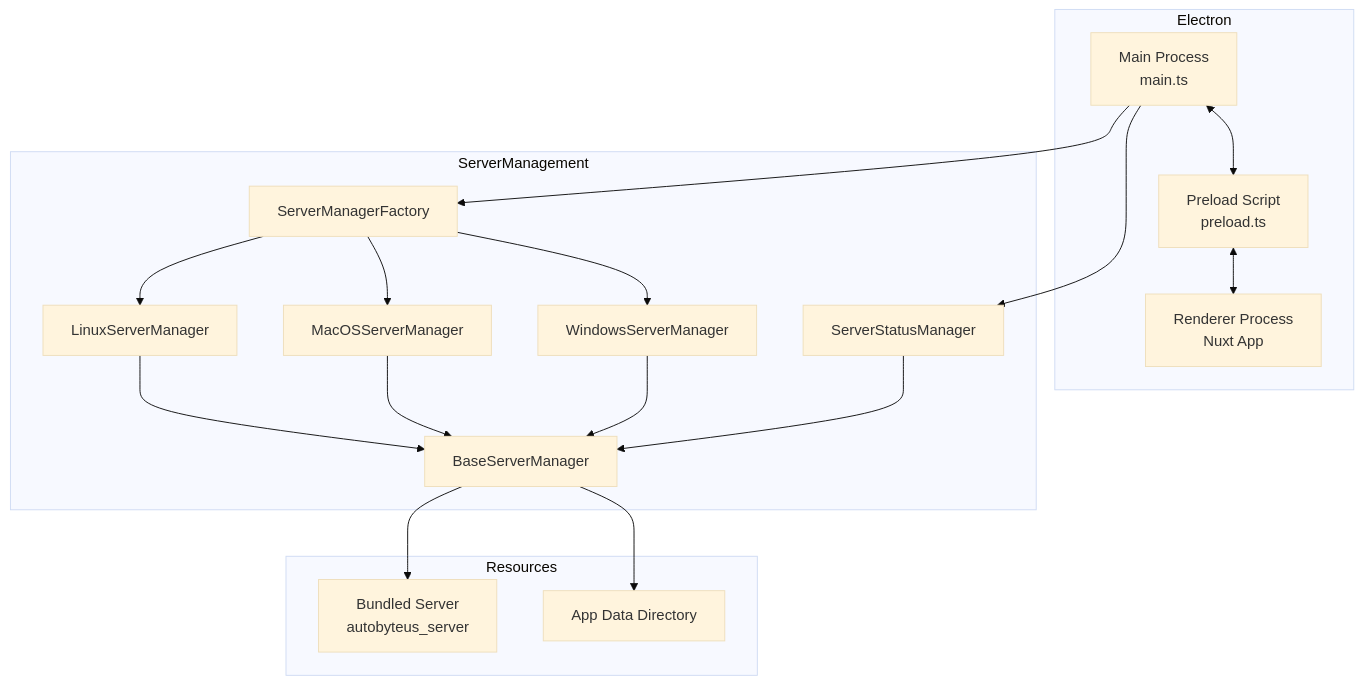
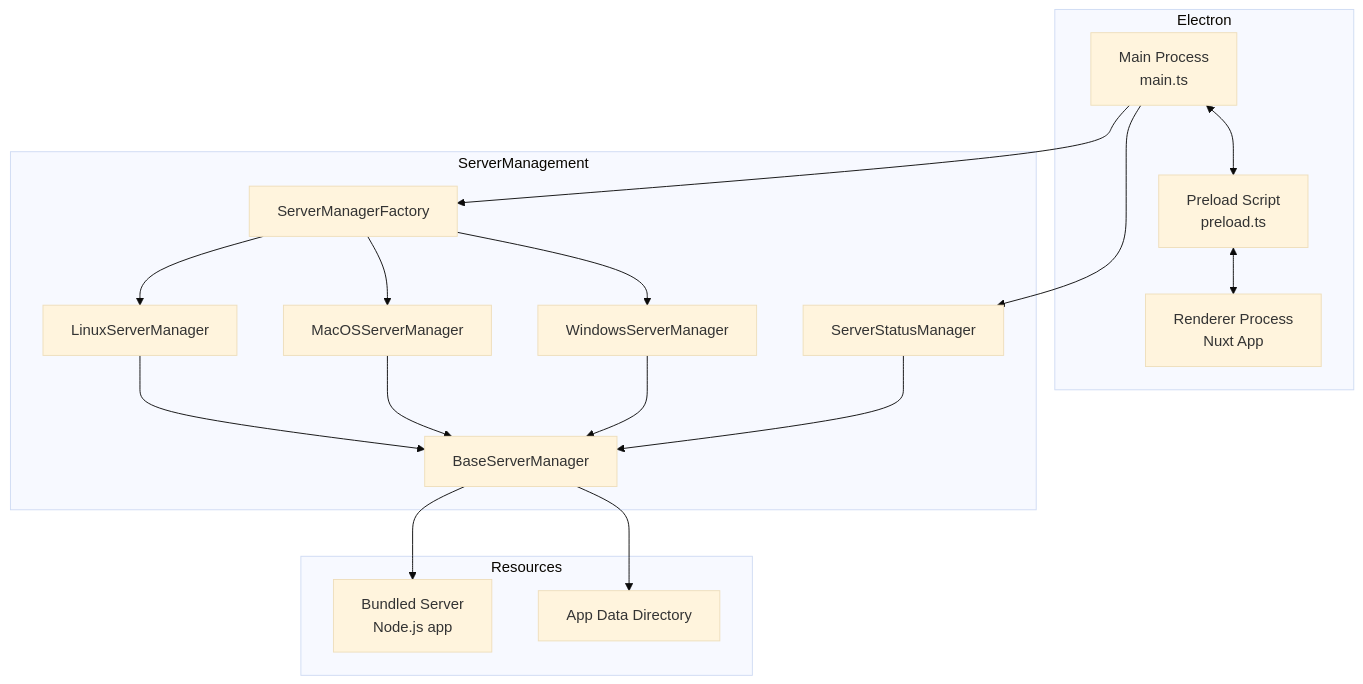
Before and after one commit to AutoByteus/autobyteus-workspace: the first of 2 diagrams in autobyteus-web/docs/electron_packaging.md, drawn with Mermaid (base theme). The commit also changed other lines of this file and 10 other files, not shown here.

````diff
--- a/autobyteus-web/docs/electron_packaging.md
+++ b/autobyteus-web/docs/electron_packaging.md
@@ -16,32 +16,32 @@
 ```mermaid
 graph TB
     subgraph Electron
         Main[Main Process<br/>main.ts]
         Preload[Preload Script<br/>preload.ts]
         Renderer[Renderer Process<br/>Nuxt App]
     end
 
     subgraph ServerManagement
         Factory[ServerManagerFactory]
         Status[ServerStatusManager]
         Base[BaseServerManager]
         Linux[LinuxServerManager]
         Mac[MacOSServerManager]
         Win[WindowsServerManager]
     end
 
     subgraph Resources
-        Server[Bundled Server<br/>autobyteus_server]
+        Server[Bundled Server<br/>Node.js app]
         Data[App Data Directory]
     end
 
     Main --> Factory
     Factory --> Linux & Mac & Win
     Linux & Mac & Win --> Base
     Main --> Status
     Status --> Base
     Main <--> Preload
     Preload <--> Renderer
     Base --> Server
     Base --> Data
 ```
````
